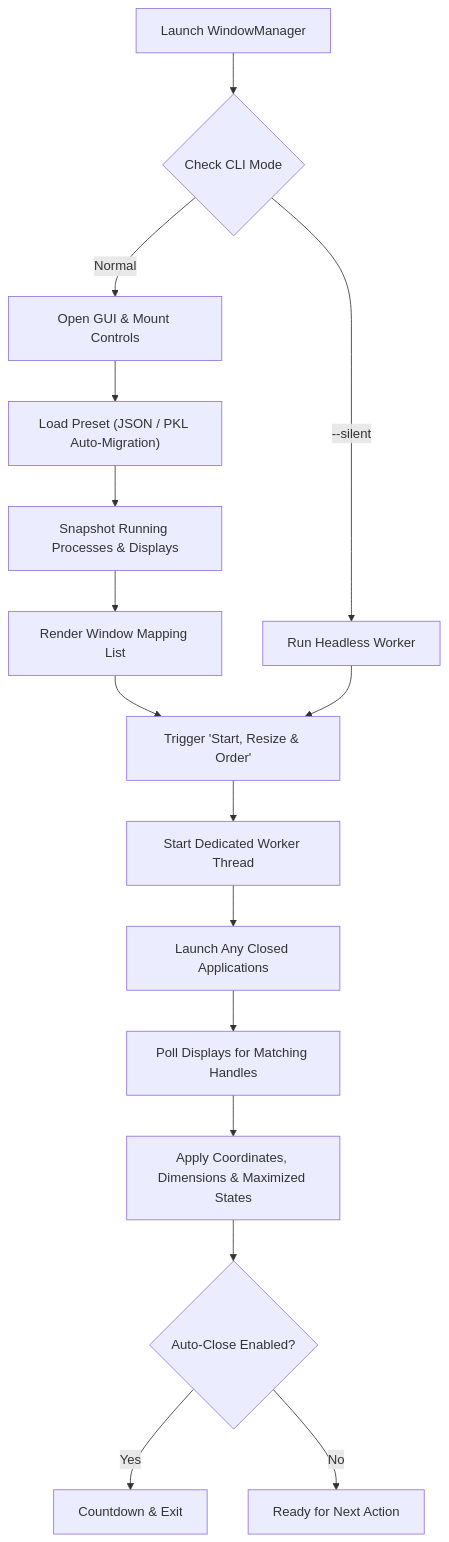
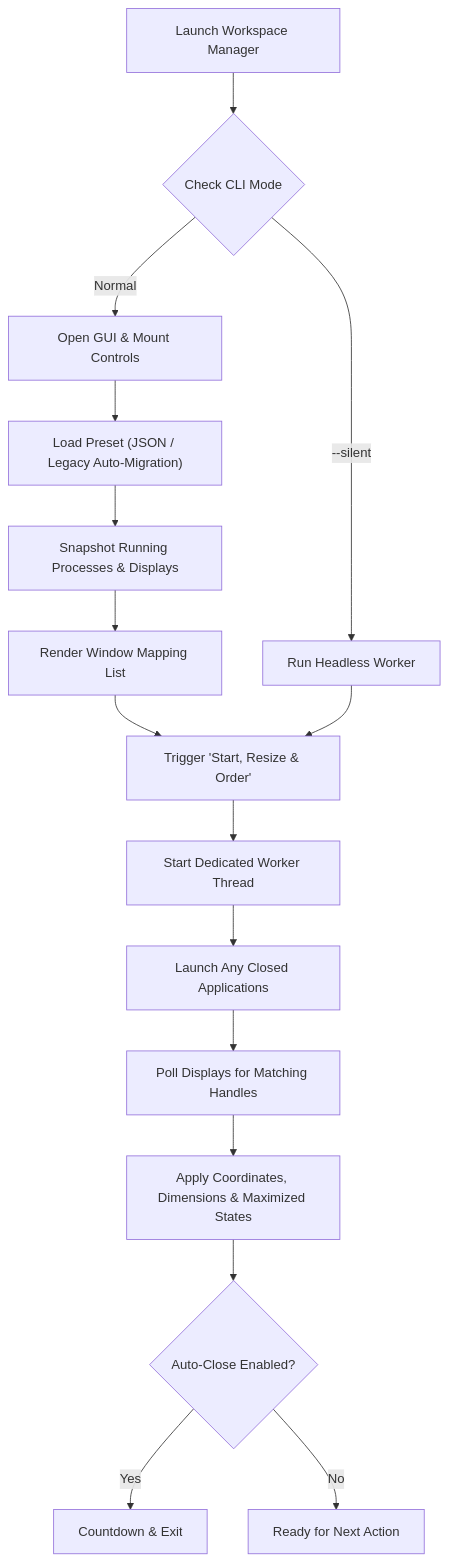
One commit to Crypto90/WindowManager changed the diagram in README.md. Above: the diagram before and after it, drawn with Mermaid. The commit also changed other lines of this file and 4 other files, not shown here.

Commit message:
feat: rebrand project to Workspace Manager / WorkspaceManager v0.2.1

````diff
--- a/README.md
+++ b/README.md
@@ -135,21 +135,21 @@
 ```mermaid
 flowchart TD
-    A["Launch WindowManager"] --> B{"Check CLI Mode"}
+    A["Launch Workspace Manager"] --> B{"Check CLI Mode"}
     B -->|--silent| C["Run Headless Worker"]
     B -->|Normal| D["Open GUI & Mount Controls"]
     
-    D --> E["Load Preset (JSON / PKL Auto-Migration)"]
+    D --> E["Load Preset (JSON / Legacy Auto-Migration)"]
     E --> F["Snapshot Running Processes & Displays"]
     F --> G["Render Window Mapping List"]
     
     G --> H["Trigger 'Start, Resize & Order'"]
     C --> H
     
     H --> I["Start Dedicated Worker Thread"]
     I --> J["Launch Any Closed Applications"]
     J --> K["Poll Displays for Matching Handles"]
     K --> L["Apply Coordinates, Dimensions & Maximized States"]
     L --> M{"Auto-Close Enabled?"}
     M -->|Yes| N["Countdown & Exit"]
     M -->|No| O["Ready for Next Action"]
 ```
````
